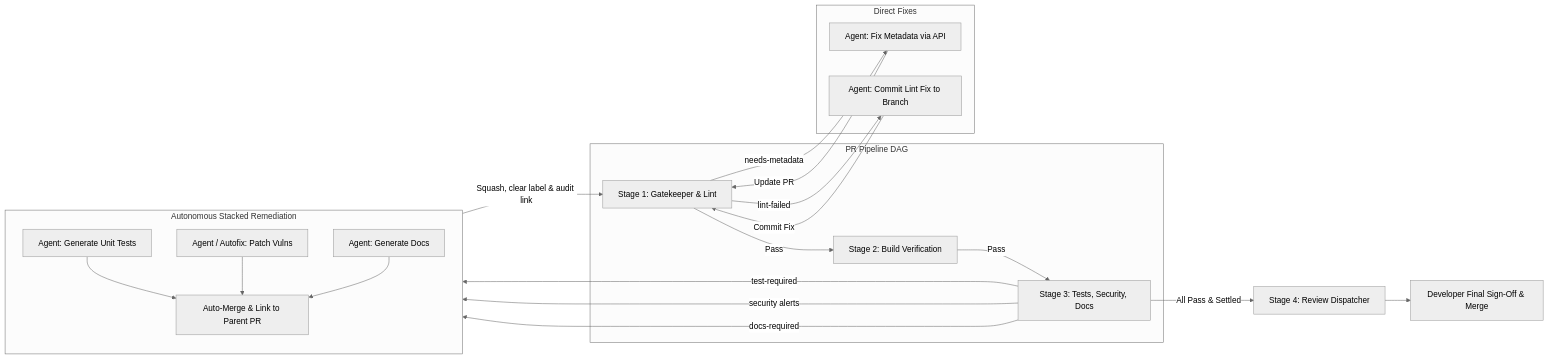
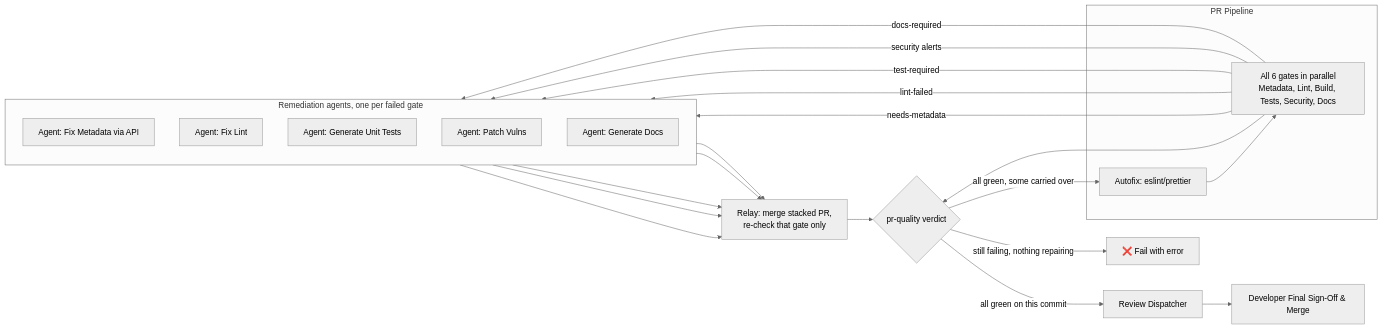
Before and after one commit to SitoaderOrg/ForgeFlow: the diagram in docs/mermaid/remediation_loops_overview.mermaid, drawn with Mermaid (neutral theme). The commit also changed 28 other files, not shown here.

First line of the commit message:
feat(ci): run PR quality gates in parallel with per-gate rechecks

```diff
--- a/docs/mermaid/remediation_loops_overview.mermaid
+++ b/docs/mermaid/remediation_loops_overview.mermaid
@@ -1,30 +1,28 @@
 flowchart LR
-    subgraph Orchestrator [PR Pipeline DAG]
-        S1[Stage 1: Gatekeeper & Lint]
-        S2[Stage 2: Build Verification]
-        S3[Stage 3: Tests, Security, Docs]
+    subgraph Orchestrator [PR Pipeline]
+        AF[Autofix: eslint/prettier]
+        G[All 6 gates in parallel\nMetadata, Lint, Build, Tests, Security, Docs]
+        AF --> G
     end
 
-    subgraph DirectFix [Direct Fixes]
+    subgraph Agents [Remediation agents, one per failed gate]
+        direction TB
         A1[Agent: Fix Metadata via API]
-        A2[Agent: Commit Lint Fix to Branch]
+        A2[Agent: Fix Lint]
+        A4[Agent: Generate Unit Tests]
+        A3[Agent: Patch Vulns]
+        A5[Agent: Generate Docs]
     end
 
-    subgraph StackedRemediation [Autonomous Stacked Remediation]
-        direction TB
-        A4[Agent: Generate Unit Tests]
-        A3[Agent / Autofix: Patch Vulns]
-        A5[Agent: Generate Docs]
-        StackedMerge[Auto-Merge & Link to Parent PR]
-    end
+    G -->|needs-metadata| A1
+    G -->|lint-failed| A2
+    G -->|test-required| A4
+    G -->|security alerts| A3
+    G -->|docs-required| A5
 
-    S1 -->|needs-metadata| A1 -->|Update PR| S1
-    S1 -->|lint-failed| A2 -->|Commit Fix| S1
-    S1 -->|Pass| S2 -->|Pass| S3
-
-    S3 -->|test-required| A4 --> StackedMerge
-    S3 -->|security alerts| A3 --> StackedMerge
-    S3 -->|docs-required| A5 --> StackedMerge
-    StackedMerge -->|Squash, clear label & audit link| S1
-
-    S3 -->|All Pass & Settled| Dispatcher[Stage 4: Review Dispatcher] --> Review[Developer Final Sign-Off & Merge]
+    A1 & A2 & A3 & A4 & A5 --> Relay[Relay: merge stacked PR,\nre-check that gate only]
+    Relay --> V{pr-quality verdict}
+    G --> V
+    V -->|all green, some carried over| AF
+    V -->|still failing, nothing repairing| Fail[❌ Fail with error]
+    V -->|all green on this commit| Dispatcher[Review Dispatcher] --> Review[Developer Final Sign-Off & Merge]
```
